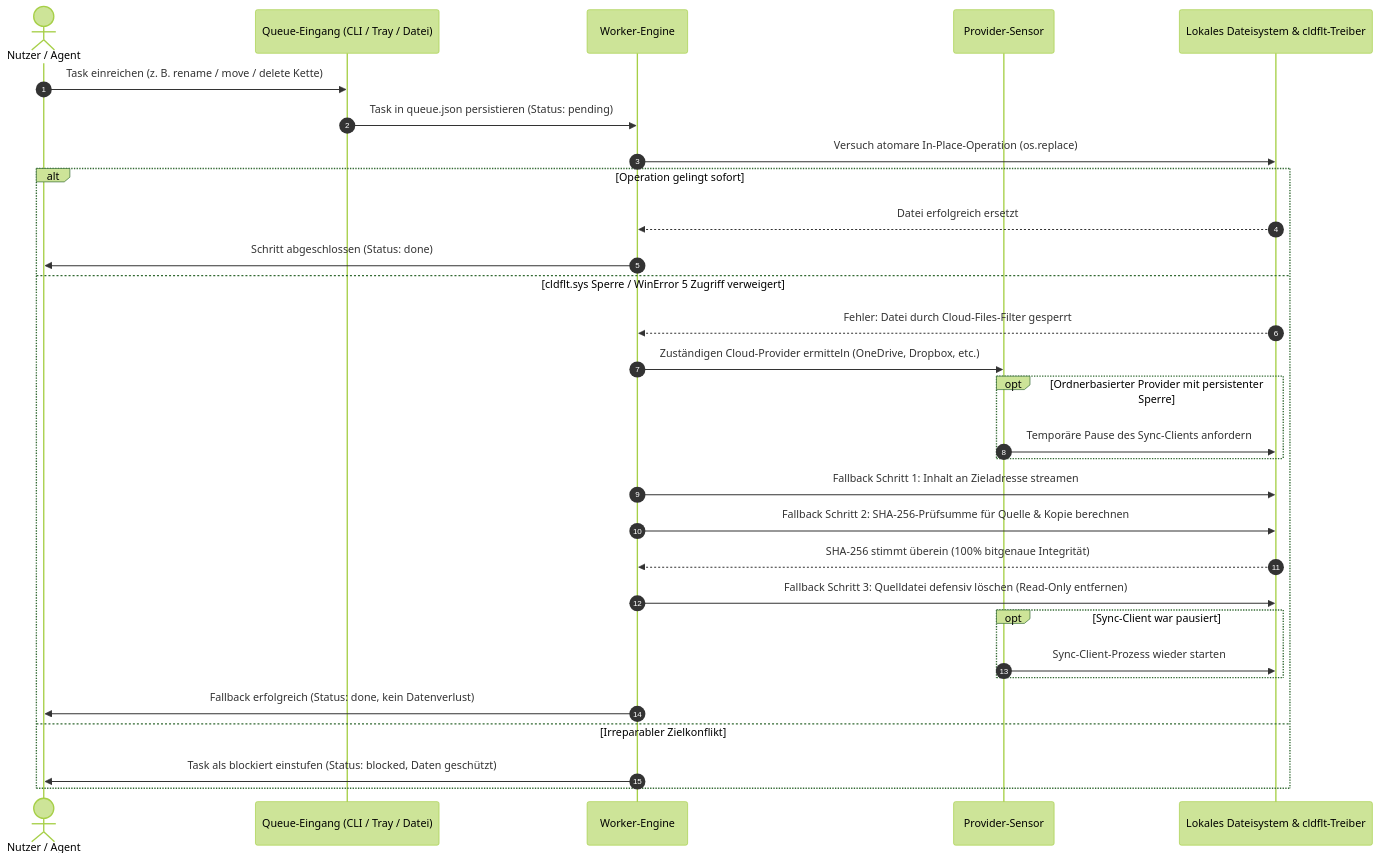
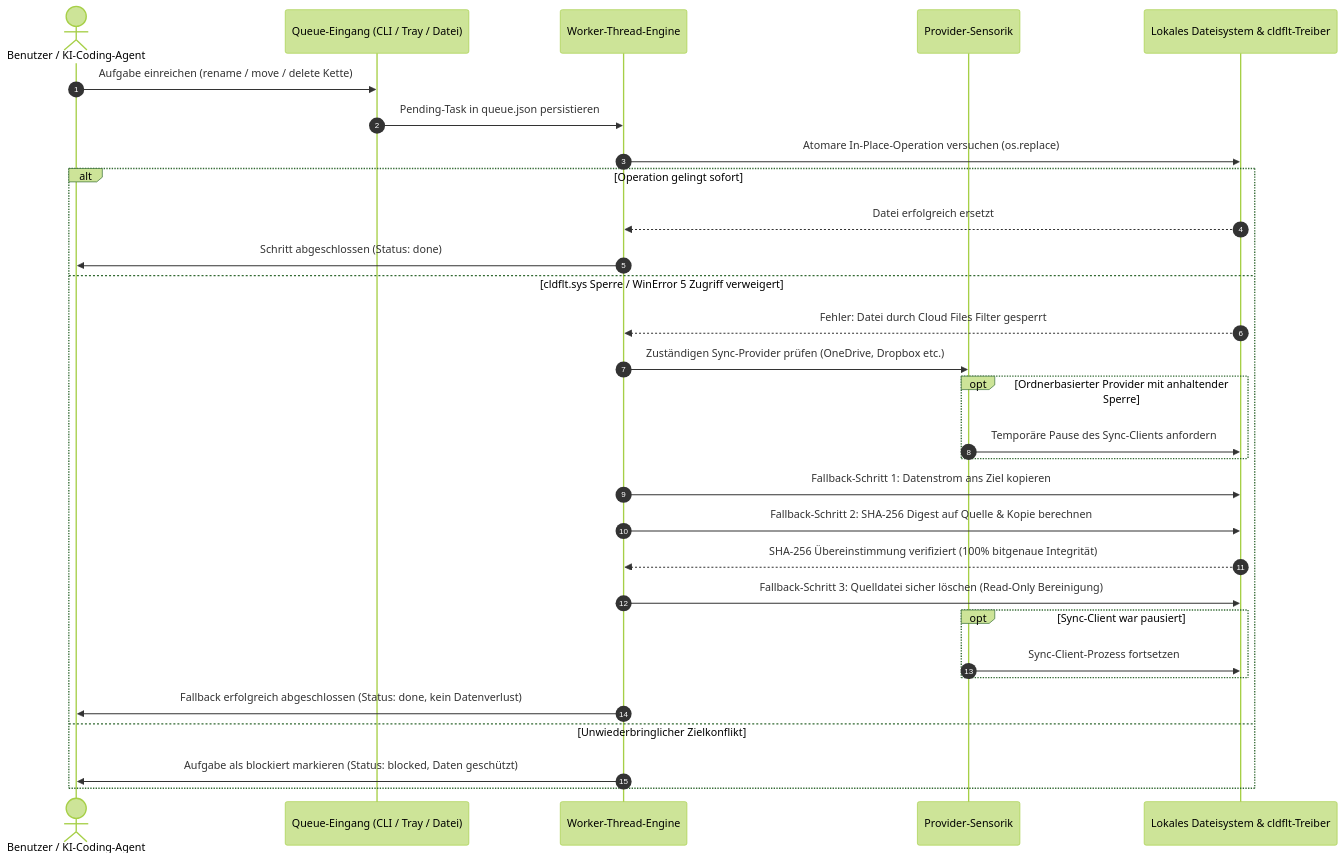
The second of 2 diagrams in README.de.md (file-bricks/CloudLockFixer), drawn with Mermaid (forest theme) before and after one commit. The commit also changed other lines of this file and 7 other files, not shown here.

Commit message:
chore(marketing): Pfad B discoverability, visual architecture, 18-point nav parity & metadata contract [G 2026-09-18]

````diff
--- a/README.de.md
+++ b/README.de.md
@@ -130,34 +212,34 @@
 ```mermaid
 sequenceDiagram
     autonumber
-    actor User as Nutzer / Agent
+    actor User as Benutzer / KI-Coding-Agent
     participant Ingest as Queue-Eingang (CLI / Tray / Datei)
-    participant Worker as Worker-Engine
-    participant Sensor as Provider-Sensor
+    participant Worker as Worker-Thread-Engine
+    participant Sensor as Provider-Sensorik
     participant FS as Lokales Dateisystem & cldflt-Treiber
 
-    User->>Ingest: Task einreichen (z. B. rename / move / delete Kette)
-    Ingest->>Worker: Task in queue.json persistieren (Status: pending)
-    Worker->>FS: Versuch atomare In-Place-Operation (os.replace)
+    User->>Ingest: Aufgabe einreichen (rename / move / delete Kette)
+    Ingest->>Worker: Pending-Task in queue.json persistieren
+    Worker->>FS: Atomare In-Place-Operation versuchen (os.replace)
 
     alt Operation gelingt sofort
         FS-->>Worker: Datei erfolgreich ersetzt
         Worker->>User: Schritt abgeschlossen (Status: done)
     else cldflt.sys Sperre / WinError 5 Zugriff verweigert
-        FS-->>Worker: Fehler: Datei durch Cloud-Files-Filter gesperrt
-        Worker->>Sensor: Zuständigen Cloud-Provider ermitteln (OneDrive, Dropbox, etc.)
-        opt Ordnerbasierter Provider mit persistenter Sperre
+        FS-->>Worker: Fehler: Datei durch Cloud Files Filter gesperrt
+        Worker->>Sensor: Zuständigen Sync-Provider prüfen (OneDrive, Dropbox etc.)
+        opt Ordnerbasierter Provider mit anhaltender Sperre
             Sensor->>FS: Temporäre Pause des Sync-Clients anfordern
         end
-        Worker->>FS: Fallback Schritt 1: Inhalt an Zieladresse streamen
-        Worker->>FS: Fallback Schritt 2: SHA-256-Prüfsumme für Quelle & Kopie berechnen
-        FS-->>Worker: SHA-256 stimmt überein (100% bitgenaue Integrität)
-        Worker->>FS: Fallback Schritt 3: Quelldatei defensiv löschen (Read-Only entfernen)
+        Worker->>FS: Fallback-Schritt 1: Datenstrom ans Ziel kopieren
+        Worker->>FS: Fallback-Schritt 2: SHA-256 Digest auf Quelle & Kopie berechnen
+        FS-->>Worker: SHA-256 Übereinstimmung verifiziert (100% bitgenaue Integrität)
+        Worker->>FS: Fallback-Schritt 3: Quelldatei sicher löschen (Read-Only Bereinigung)
         opt Sync-Client war pausiert
-            Sensor->>FS: Sync-Client-Prozess wieder starten
+            Sensor->>FS: Sync-Client-Prozess fortsetzen
         end
-        Worker->>User: Fallback erfolgreich (Status: done, kein Datenverlust)
-    else Irreparabler Zielkonflikt
-        Worker->>User: Task als blockiert einstufen (Status: blocked, Daten geschützt)
+        Worker->>User: Fallback erfolgreich abgeschlossen (Status: done, kein Datenverlust)
+    else Unwiederbringlicher Zielkonflikt
+        Worker->>User: Aufgabe als blockiert markieren (Status: blocked, Daten geschützt)
     end
 ```
````
